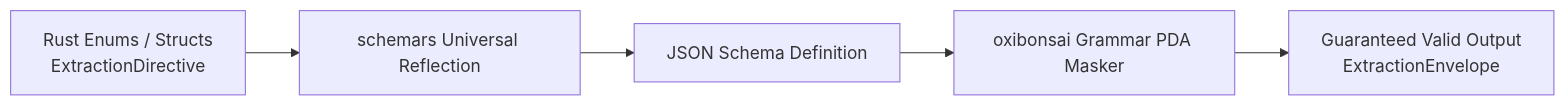
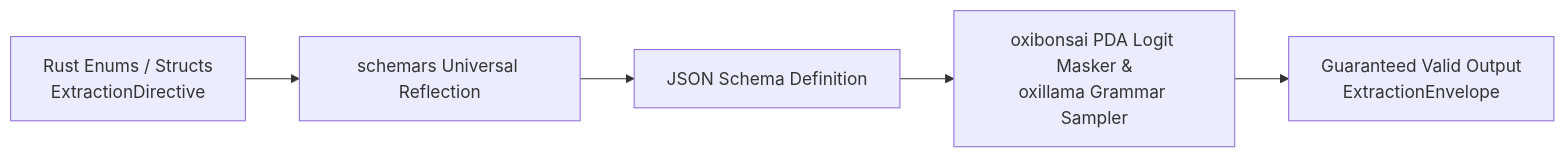
The diagram in doc/10_Structured_Extraction_and_Schema_Derivation.md (yasuomaidana/embedag), drawn with Mermaid before and after one commit. The commit also changed other lines of this file and 12 other files, not shown here.

Commit message:
feat: enhance documentation for extraction schemas and retrieval architecture

````diff
--- a/doc/10_Structured_Extraction_and_Schema_Derivation.md
+++ b/doc/10_Structured_Extraction_and_Schema_Derivation.md
@@ -23,7 +25,7 @@
 ```mermaid
 flowchart LR
     RustTypes["Rust Enums / Structs<br/>ExtractionDirective"] --> Schemars["schemars Universal Reflection"]
     Schemars --> JSONSchema["JSON Schema Definition"]
-    JSONSchema --> PDA["oxibonsai Grammar PDA Masker"]
+    JSONSchema --> PDA["oxibonsai PDA Logit Masker &<br/>oxillama Grammar Sampler"]
     PDA --> ValidJSON["Guaranteed Valid Output<br/>ExtractionEnvelope"]
 ```
````
